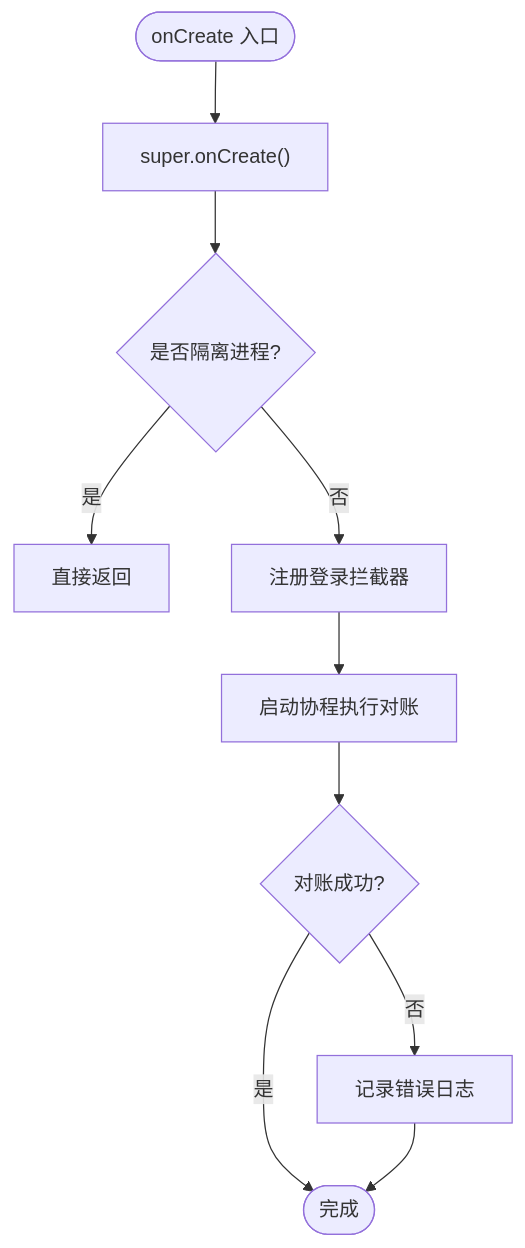
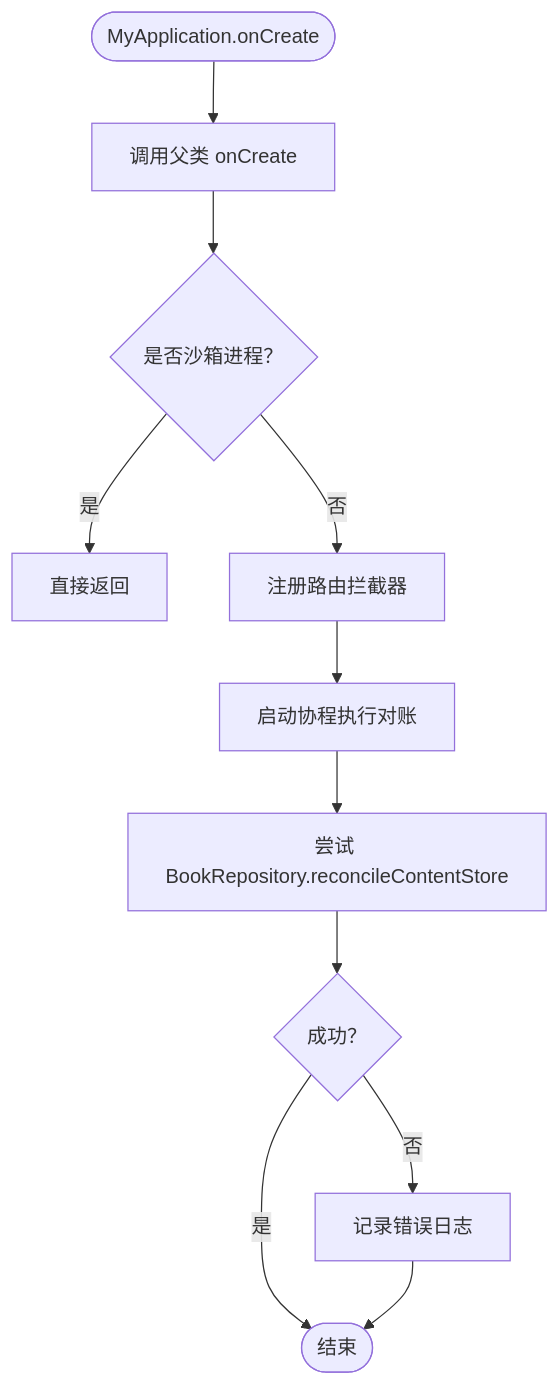
Before and after one commit to xrn1997/android-ebook: the third of 11 diagrams in .qoder/repowiki/zh/content/核心模块/应用入口模块 (module_app).md, drawn with Mermaid. The commit also changed other lines of this file and 456 other files, not shown here.

````diff
--- a/.qoder/repowiki/zh/content/核心模块/应用入口模块 (module_app).md
+++ b/.qoder/repowiki/zh/content/核心模块/应用入口模块 (module_app).md
@@ -115,11 +144,13 @@
 ```mermaid
 flowchart TD
-    Start(["onCreate 入口"]) --> Super["super.onCreate()"]
-    Super --> CheckProc{"是否隔离进程?"}
-    CheckProc -->|是| Exit["直接返回"]
-    CheckProc -->|否| Interceptor["注册登录拦截器"]
-    Interceptor --> Launch["启动协程执行对账"]
-    Launch --> TryReconcile{"对账成功?"}
-    TryReconcile -->|是| End(["完成"])
-    TryReconcile -->|否| Log["记录错误日志"] --> End
+    Start(["MyApplication.onCreate"]) --> SuperCall["调用父类 onCreate"]
+    SuperCall --> CheckSandbox{"是否沙箱进程？"}
+    CheckSandbox -->|是| ReturnEarly["直接返回"]
+    CheckSandbox -->|否| RegisterInterceptor["注册路由拦截器"]
+    RegisterInterceptor --> LaunchAsync["启动协程执行对账"]
+    LaunchAsync --> TryReconcile["尝试 BookRepository.reconcileContentStore"]
+    TryReconcile --> Success{"成功？"}
+    Success -->|是| End(["结束"])
+    Success -->|否| LogError["记录错误日志"]
+    LogError --> End
 ```
````
